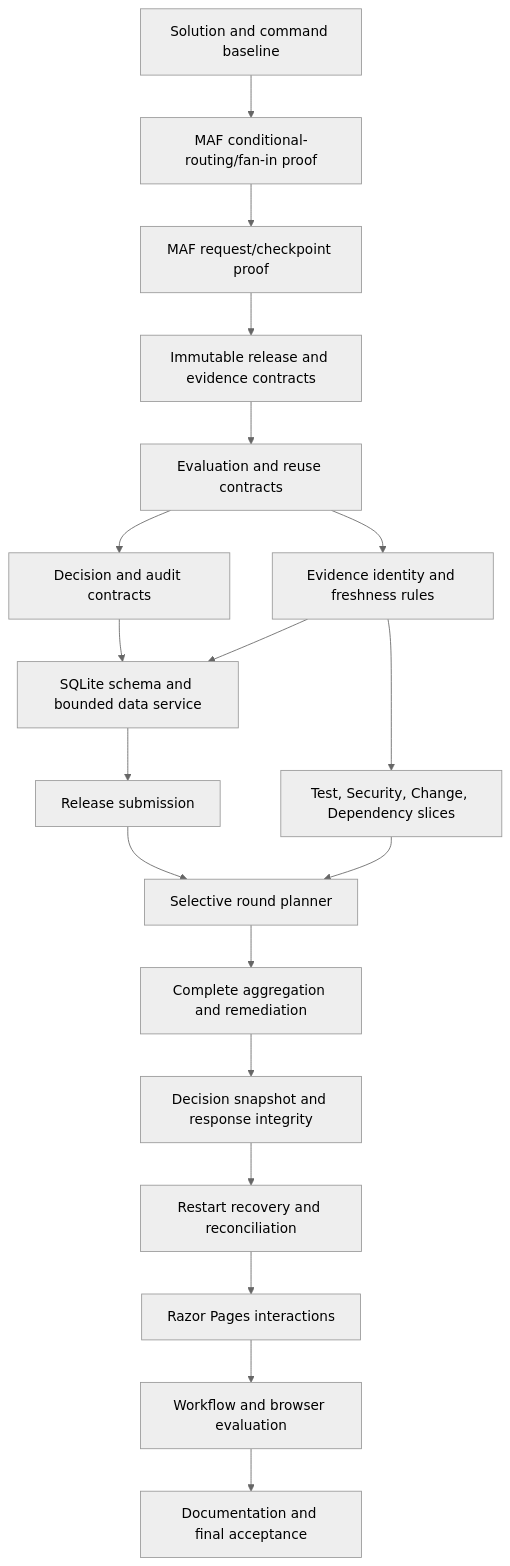
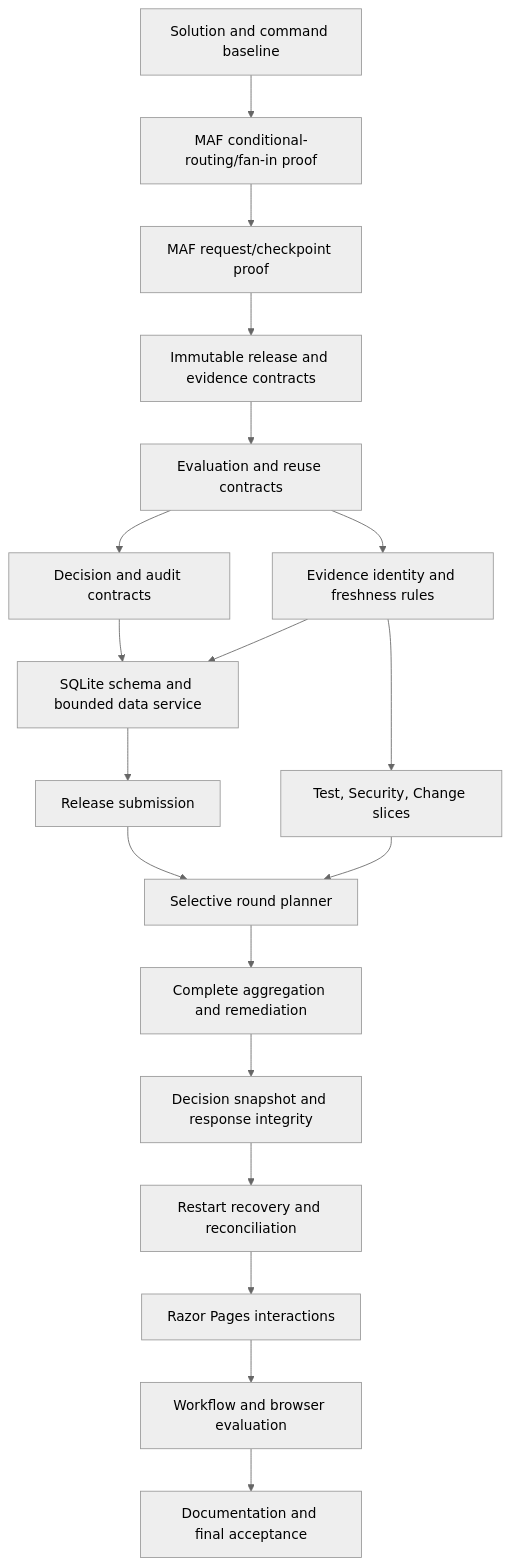
Before and after one commit to mariusz-kacz/release-readiness-coordinator: the diagram in tasks/plan.md, drawn with Mermaid (neutral theme). The commit also changed other lines of this file and 30 other files, not shown here.

````diff
--- a/tasks/plan.md
+++ b/tasks/plan.md
@@ -43,21 +43,21 @@
 ```mermaid
 flowchart TD
     A[Solution and command baseline] --> B[MAF conditional-routing/fan-in proof]
     B --> C[MAF request/checkpoint proof]
     C --> D[Immutable release and evidence contracts]
     D --> EV[Evaluation and reuse contracts]
     EV --> DE[Decision and audit contracts]
     EV --> FR[Evidence identity and freshness rules]
     DE --> E[SQLite schema and bounded data service]
     FR --> E
     E --> F[Release submission]
-    FR --> G[Test, Security, Change, Dependency slices]
+    FR --> G[Test, Security, Change slices]
     F --> H[Selective round planner]
     G --> H
     H --> I[Complete aggregation and remediation]
     I --> J[Decision snapshot and response integrity]
     J --> K[Restart recovery and reconciliation]
     K --> L[Razor Pages interactions]
     L --> M[Workflow and browser evaluation]
     M --> N[Documentation and final acceptance]
 ```
````
